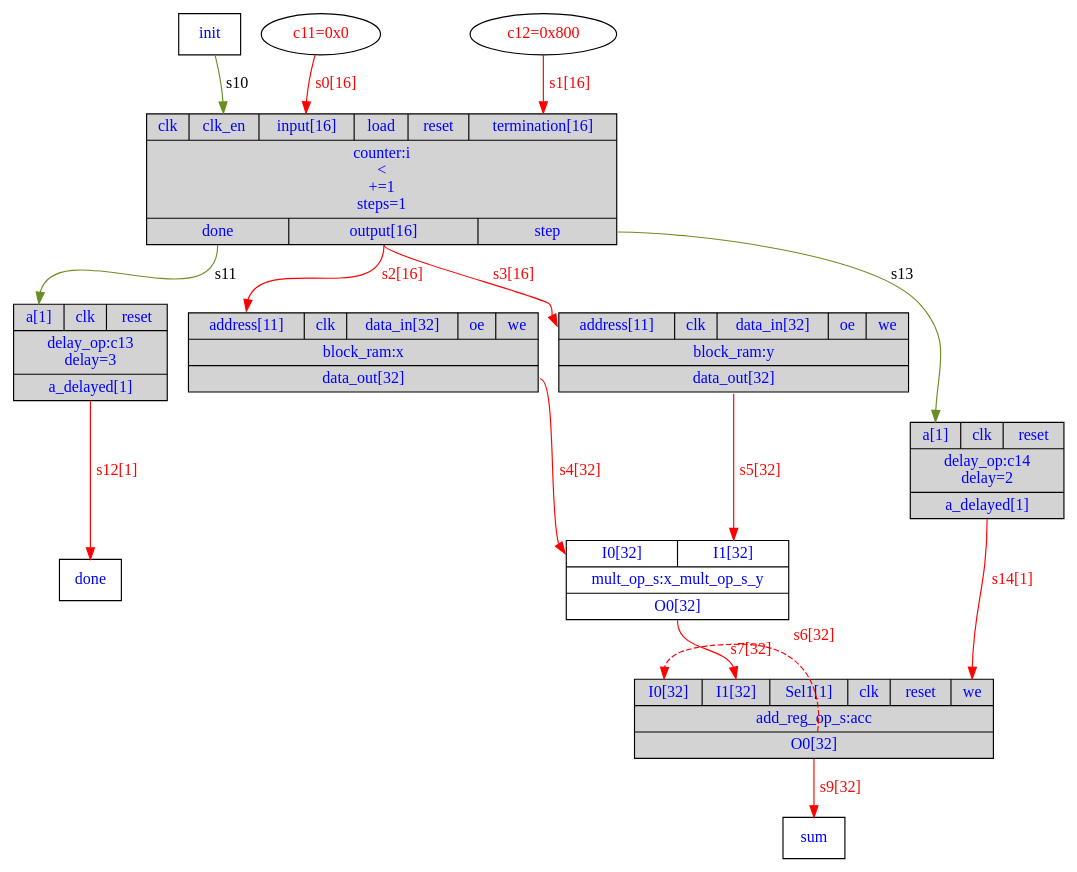
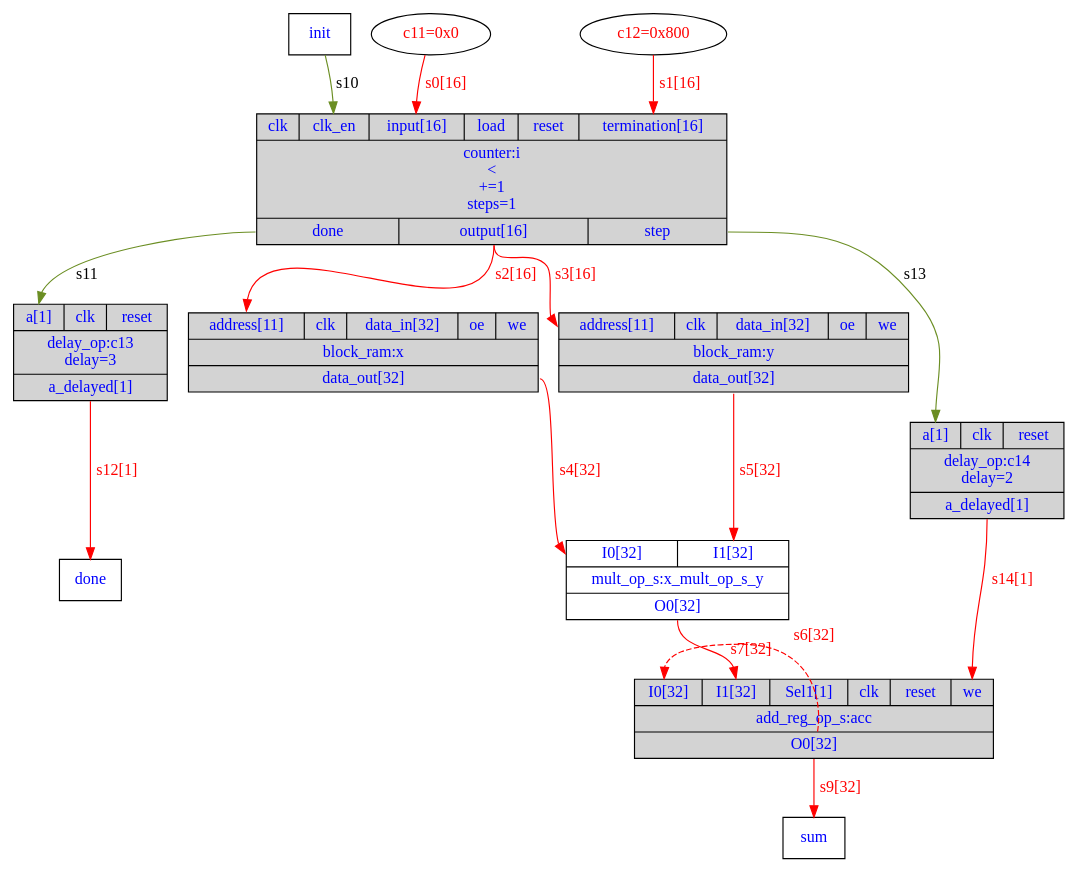
Before and after one commit to menotti/lalp: the diagram in src/lalp/examples/dotprod/dotprod_hw.dot, drawn with Graphviz. The commit also changed other lines of this file and 10 other files, not shown here.

```diff
--- a/src/lalp/examples/dotprod/dotprod_hw.dot
+++ b/src/lalp/examples/dotprod/dotprod_hw.dot
@@ -1,31 +1,31 @@
 digraph dotprod {
 	// Components (Nodes)
 	"c14" [shape=record, fontcolor=blue, style="filled", fillcolor="lightgray", label="{{<a>a[1]|<clk>clk|<reset>reset}|delay_op:c14\ndelay=2|{<a_delayed>a_delayed[1]}}"];
+	"done" [shape=msquare fontcolor=blue label="done"];
 	"c13" [shape=record, fontcolor=blue, style="filled", fillcolor="lightgray", label="{{<a>a[1]|<clk>clk|<reset>reset}|delay_op:c13\ndelay=3|{<a_delayed>a_delayed[1]}}"];
-	"x_mult_op_s_y" [shape=record, fontcolor=blue, label="{{<I0>I0[32]|<I1>I1[32]}|mult_op_s:x_mult_op_s_y|{<O0>O0[32]}}"];
 	"c12" [fontcolor=red label="c12=0x800"];
 	"c11" [fontcolor=red label="c11=0x0"];
+	"x_mult_op_s_y" [shape=record, fontcolor=blue, label="{{<I0>I0[32]|<I1>I1[32]}|mult_op_s:x_mult_op_s_y|{<O0>O0[32]}}"];
+	"acc" [shape=record, fontcolor=blue, style="filled", fillcolor="lightgray", label="{{<I0>I0[32]|<I1>I1[32]|<Sel1>Sel1[1]|<clk>clk|<reset>reset|<we>we}|add_reg_op_s:acc|{<O0>O0[32]}}"];
+	"x" [shape=record, fontcolor=blue, style="filled", fillcolor="lightgray", label="{{<address>address[11]|<clk>clk|<data_in>data_in[32]|<oe>oe|<we>we}|block_ram:x|{<data_out>data_out[32]}}"];
+	"sum" [shape=msquare fontcolor=blue label="sum"];
 	"y" [shape=record, fontcolor=blue, style="filled", fillcolor="lightgray", label="{{<address>address[11]|<clk>clk|<data_in>data_in[32]|<oe>oe|<we>we}|block_ram:y|{<data_out>data_out[32]}}"];
 	"i" [shape=record, fontcolor=blue, style="filled", fillcolor="lightgray", label="{{<clk>clk|<clk_en>clk_en|<input>input[16]|<load>load|<reset>reset|<termination>termination[16]}|counter:i\n\<\n+=1\nsteps=1|{<done>done|<output>output[16]|<step>step}}"];
 	"init" [shape=msquare fontcolor=blue label="init"];
-	"done" [shape=msquare fontcolor=blue label="done"];
-	"acc" [shape=record, fontcolor=blue, style="filled", fillcolor="lightgray", label="{{<I0>I0[32]|<I1>I1[32]|<Sel1>Sel1[1]|<clk>clk|<reset>reset|<we>we}|add_reg_op_s:acc|{<O0>O0[32]}}"];
-	"x" [shape=record, fontcolor=blue, style="filled", fillcolor="lightgray", label="{{<address>address[11]|<clk>clk|<data_in>data_in[32]|<oe>oe|<we>we}|block_ram:x|{<data_out>data_out[32]}}"];
-	"sum" [shape=msquare fontcolor=blue label="sum"];
 
 	// Signals (Edges)
 	"c11" -> "i":input [label="s0[16]" color=red fontcolor=red];
 	"i":step -> "c14":a [label="s13" color=olivedrab];
 	"i":done -> "c13":a [label="s11" color=olivedrab];
 	"c14":a_delayed -> "acc":we [label="s14[1]" color=red fontcolor=red];
 	"init" -> "i":clk_en [label="s10" color=olivedrab];
 	"c13":a_delayed -> "done" [label="s12[1]" color=red fontcolor=red];
 	"x_mult_op_s_y":O0 -> "acc":I1 [label="s7[32]" color=red fontcolor=red];
 	"acc":O0 -> "sum" [label="s9[32]" color=red fontcolor=red];
 	"y":data_out -> "x_mult_op_s_y":I1 [label="s5[32]" color=red fontcolor=red];
 	"i":output -> "y":address [label="s3[16]" color=red fontcolor=red];
 	"c12" -> "i":termination [label="s1[16]" color=red fontcolor=red];
 	"acc":O0 -> "acc":I0 [label="s6[32]" color=red fontcolor=red style=dashed];
 	"x":data_out -> "x_mult_op_s_y":I0 [label="s4[32]" color=red fontcolor=red];
 	"i":output -> "x":address [label="s2[16]" color=red fontcolor=red];
 }
```
